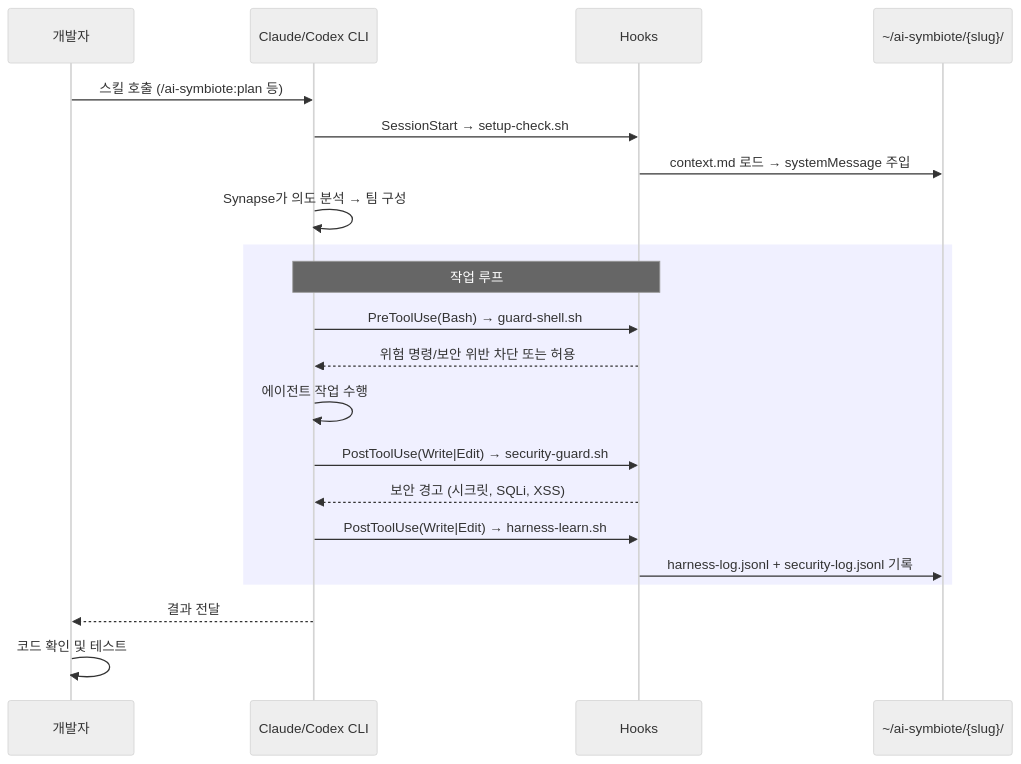
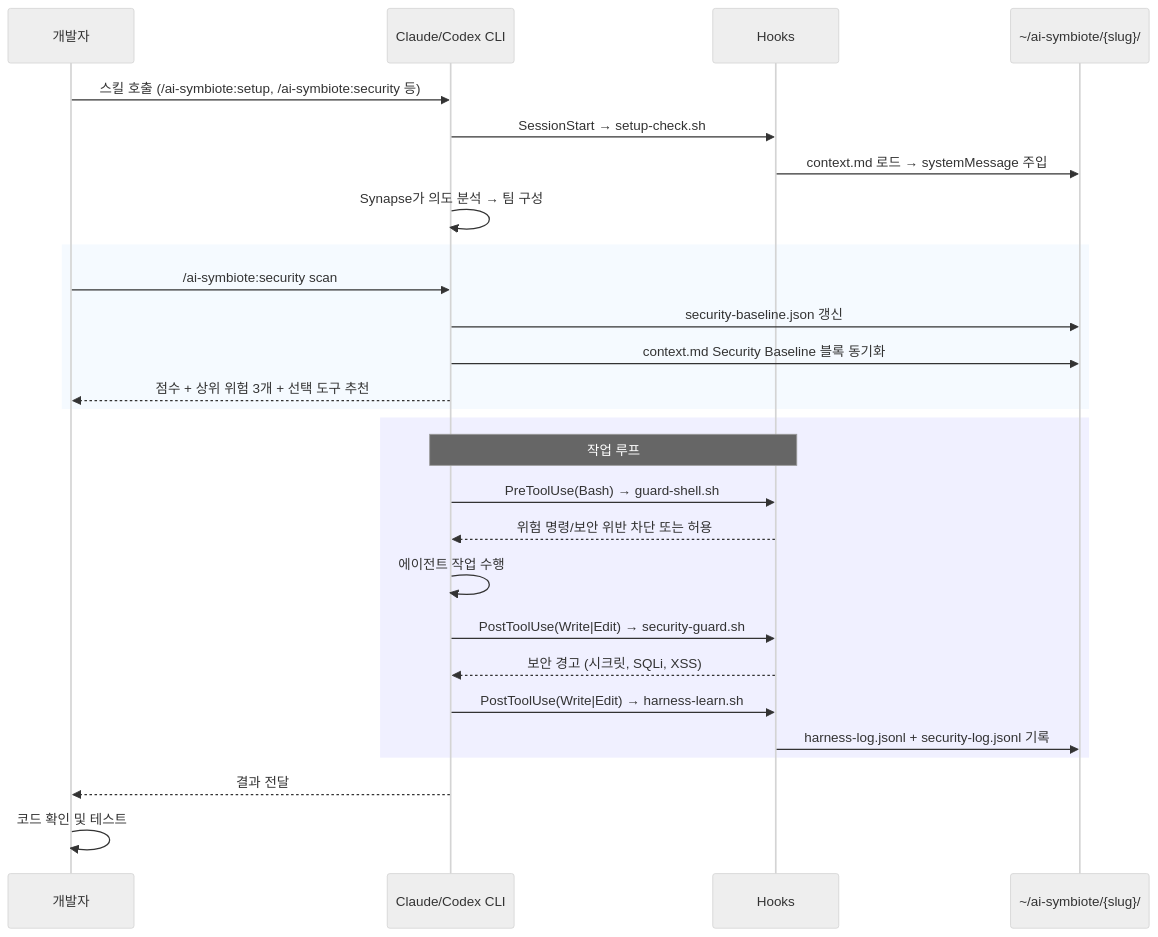
The third of 4 diagrams in docs/FLOWS.md (Jimmy-Jung/ai-symbiote), drawn with Mermaid (neutral theme) before and after one commit. The commit also changed other lines of this file and 2 other files, not shown here.

First line of the commit message:
docs: Security OS Phase 2 문서 업데이트

````diff
--- a/docs/FLOWS.md
+++ b/docs/FLOWS.md
@@ -59,26 +63,33 @@
 ```mermaid
 sequenceDiagram
     participant Dev as 개발자
     participant CLI as Claude/Codex CLI
     participant Hook as Hooks
     participant State as ~/ai-symbiote/{slug}/
 
-    Dev->>CLI: 스킬 호출 (/ai-symbiote:plan 등)
+    Dev->>CLI: 스킬 호출 (/ai-symbiote:setup, /ai-symbiote:security 등)
     CLI->>Hook: SessionStart → setup-check.sh
     Hook->>State: context.md 로드 → systemMessage 주입
     CLI->>CLI: Synapse가 의도 분석 → 팀 구성
+
+    rect rgb(245, 250, 255)
+        Dev->>CLI: /ai-symbiote:security scan
+        CLI->>State: security-baseline.json 갱신
+        CLI->>State: context.md Security Baseline 블록 동기화
+        CLI-->>Dev: 점수 + 상위 위험 3개 + 선택 도구 추천
+    end
 
     rect rgb(240, 240, 255)
         Note over CLI,Hook: 작업 루프
         CLI->>Hook: PreToolUse(Bash) → guard-shell.sh
         Hook-->>CLI: 위험 명령/보안 위반 차단 또는 허용
         CLI->>CLI: 에이전트 작업 수행
         CLI->>Hook: PostToolUse(Write|Edit) → security-guard.sh
         Hook-->>CLI: 보안 경고 (시크릿, SQLi, XSS)
         CLI->>Hook: PostToolUse(Write|Edit) → harness-learn.sh
         Hook->>State: harness-log.jsonl + security-log.jsonl 기록
     end
 
     CLI-->>Dev: 결과 전달
     Dev->>Dev: 코드 확인 및 테스트
 ```
````
